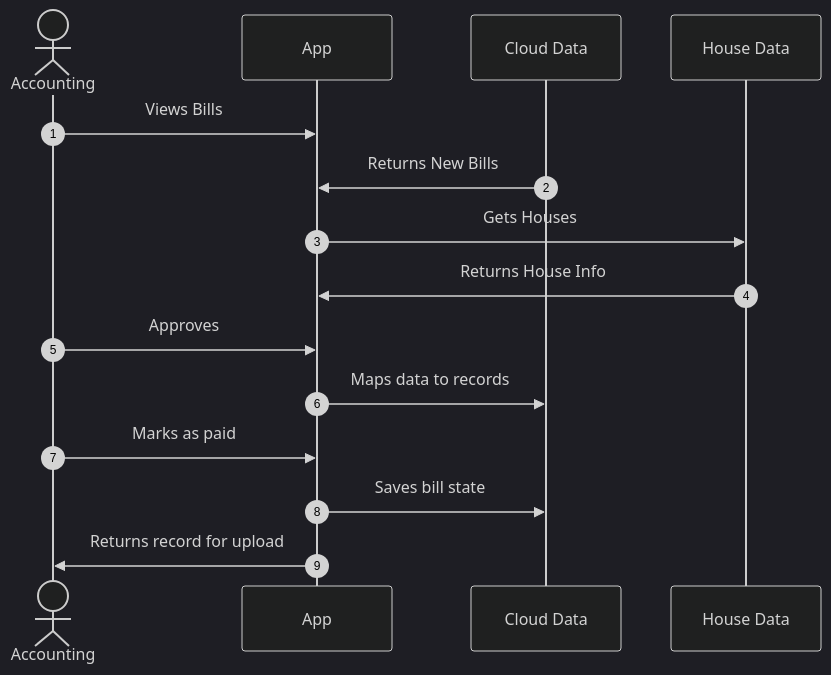
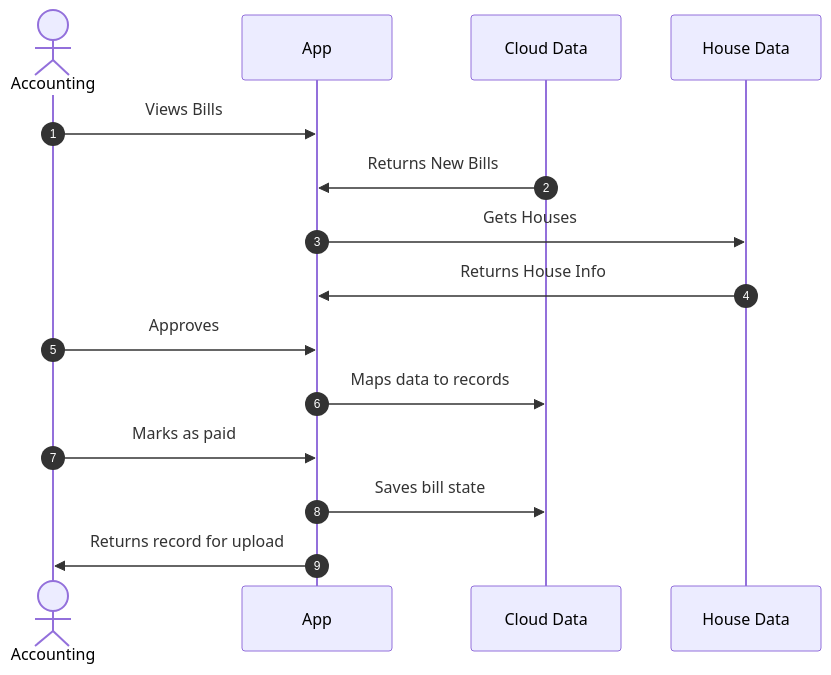
Before and after one commit to alexwine36/Portfolio: the third of 3 diagrams in apps/portfolio/content/projects/receipt-manager/index.md, drawn with Mermaid. The commit also changed other lines of this file and 8 other files, not shown here.

Commit message:
perf(gatsby): updated script loading for panellum and mermaid

````diff
--- a/apps/portfolio/content/projects/receipt-manager/index.md
+++ b/apps/portfolio/content/projects/receipt-manager/index.md
@@ -91,23 +91,23 @@
 ```mermaid
-%%{init: {'theme': 'dark'} }%%
+
 sequenceDiagram
 autonumber
   
   actor Accounting
   participant App
   participant Cloud Data
   participant House Data
 
   Accounting ->> App : Views Bills
   Cloud Data ->> App : Returns New Bills
   App ->> House Data : Gets Houses
   House Data ->> App : Returns House Info
 
   Accounting ->> App : Approves
   App ->> Cloud Data : Maps data to records
   Accounting ->> App : Marks as paid
   App ->> Cloud Data : Saves bill state
 
   App ->> Accounting : Returns record for upload
 
 ```
````
